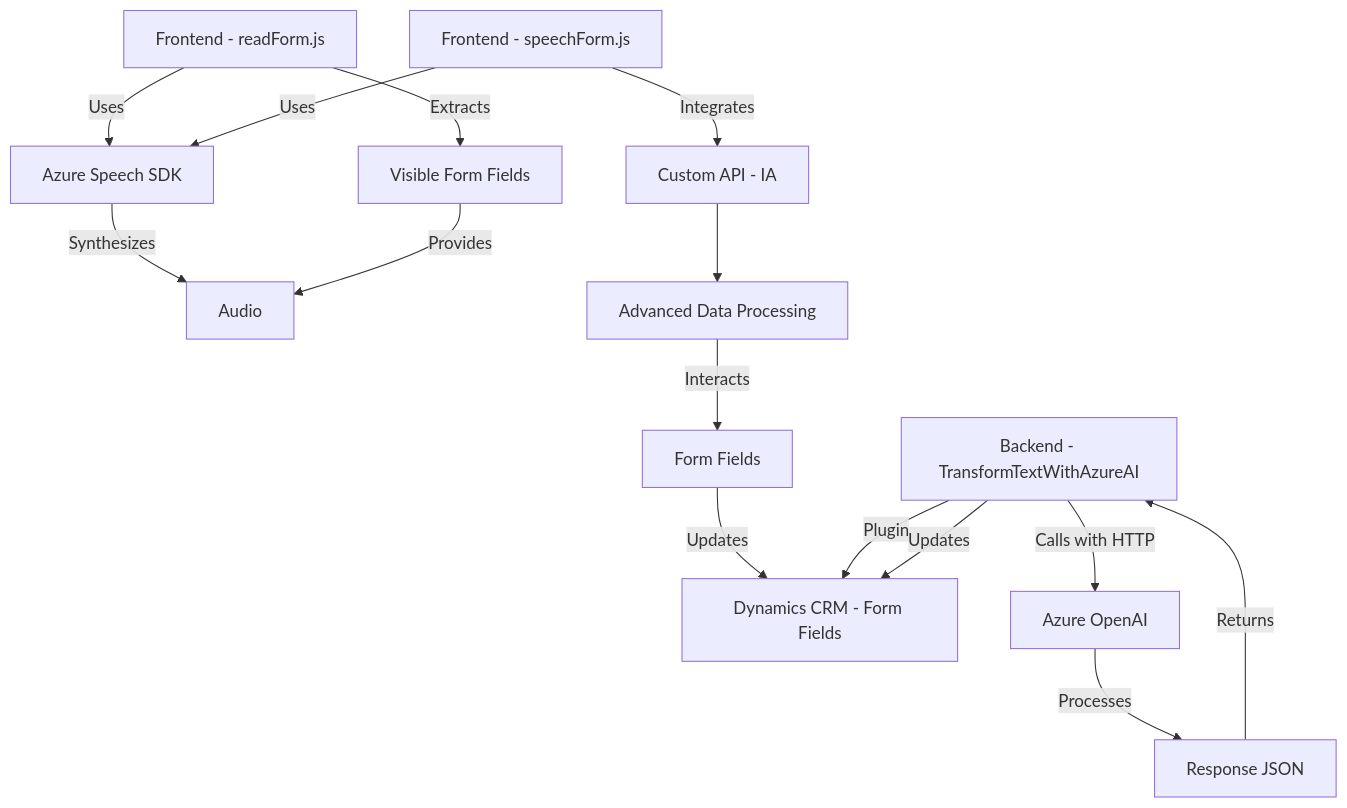
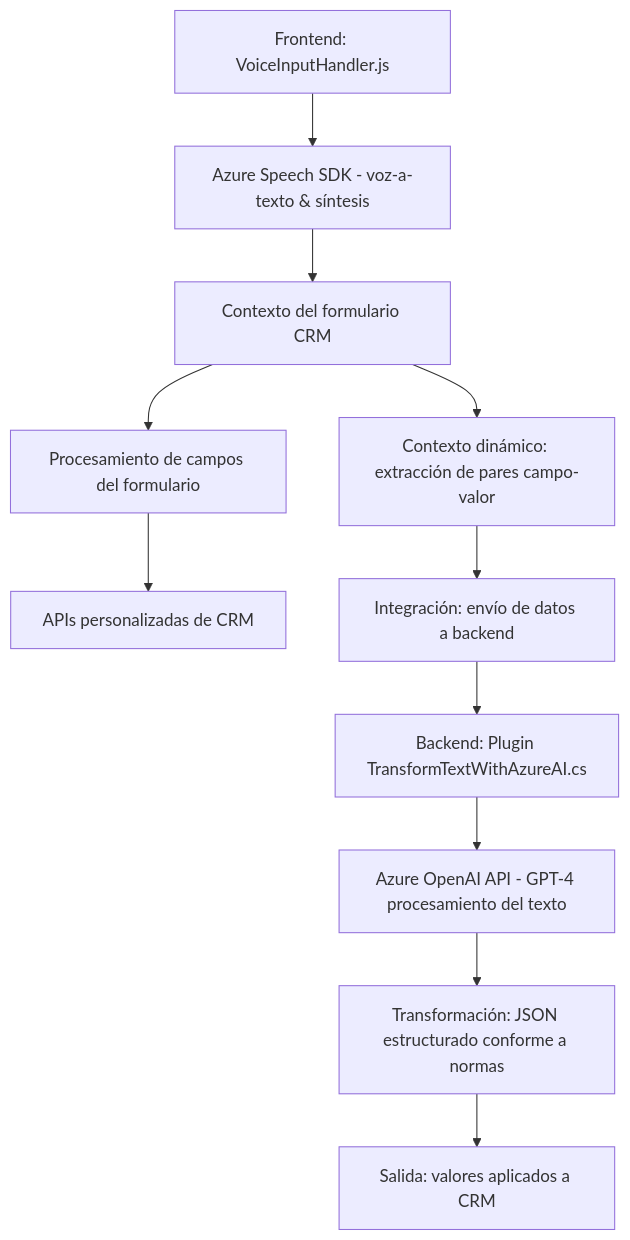
The diagram in README.md (blopezdm/NETCORE_BILBAO2025), drawn with Mermaid before and after one commit. The commit also changed other lines of this file, not shown here.

````diff
--- a/README.md
+++ b/README.md
@@ -46,20 +44,14 @@
 ```mermaid
 graph TD
-  A["Frontend - readForm.js"] -->|Uses| B["Azure Speech SDK"]
-  A -->|Extracts| C["Visible Form Fields"]
-  B -->|Synthesizes| D["Audio"]
-  C -->|Provides| D
+    A["Frontend: VoiceInputHandler.js"] --> B["Azure Speech SDK - voz-a-texto & síntesis"]
+    B --> C["Contexto del formulario CRM"]
+    C --> D["Procesamiento de campos del formulario"]
+    D --> E["APIs personalizadas de CRM"]
+    C --> F["Contexto dinámico: extracción de pares campo-valor"]
+    F --> G["Integración: envío de datos a backend"]
 
-  E["Frontend - speechForm.js"] -->|Uses| B
-  E -->|Integrates| F["Custom API - IA"]
-  F --> G["Advanced Data Processing"]
-  G -->|Interacts| H["Form Fields"]
-  H -->|Updates| I["Dynamics CRM"]
-  
-  J["Backend - TransformTextWithAzureAI"]
-  J -->|Plugin| I
-  J -->|Calls with HTTP| K["Azure OpenAI"]
-  K -->|Processes| L["Response JSON"]
-  L -->|Returns| J
-  J -->|Updates| I["Dynamics CRM - Form Fields"]
+    G --> H["Backend: Plugin TransformTextWithAzureAI.cs"]
+    H --> I["Azure OpenAI API - GPT-4 procesamiento del texto"]
+    I --> J["Transformación: JSON estructurado conforme a normas"]
+    J --> K["Salida: valores aplicados a CRM"]
 ```
````
